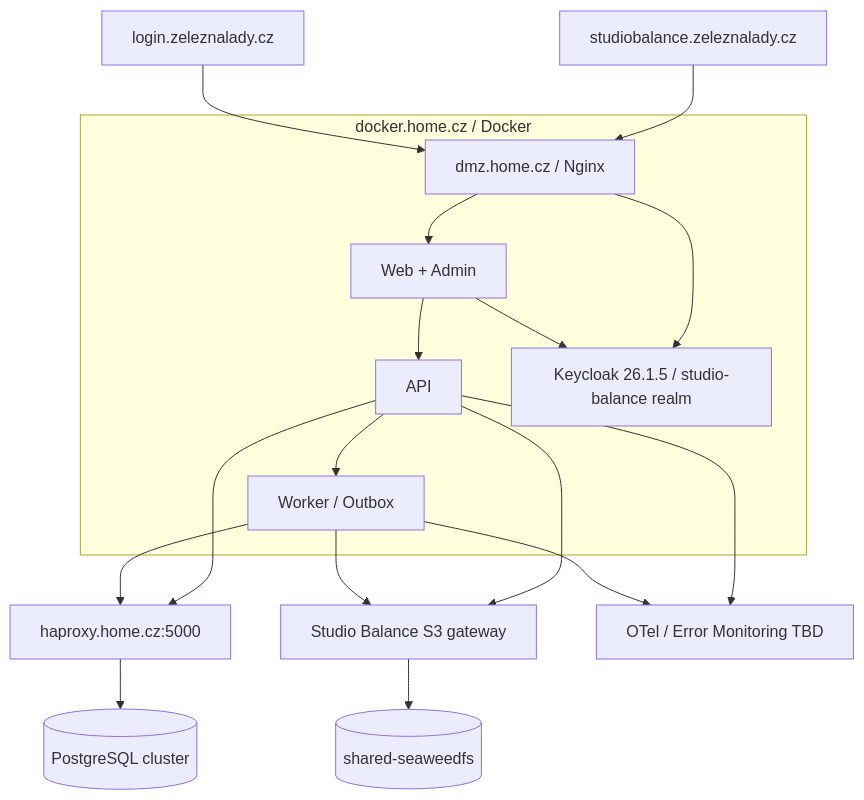
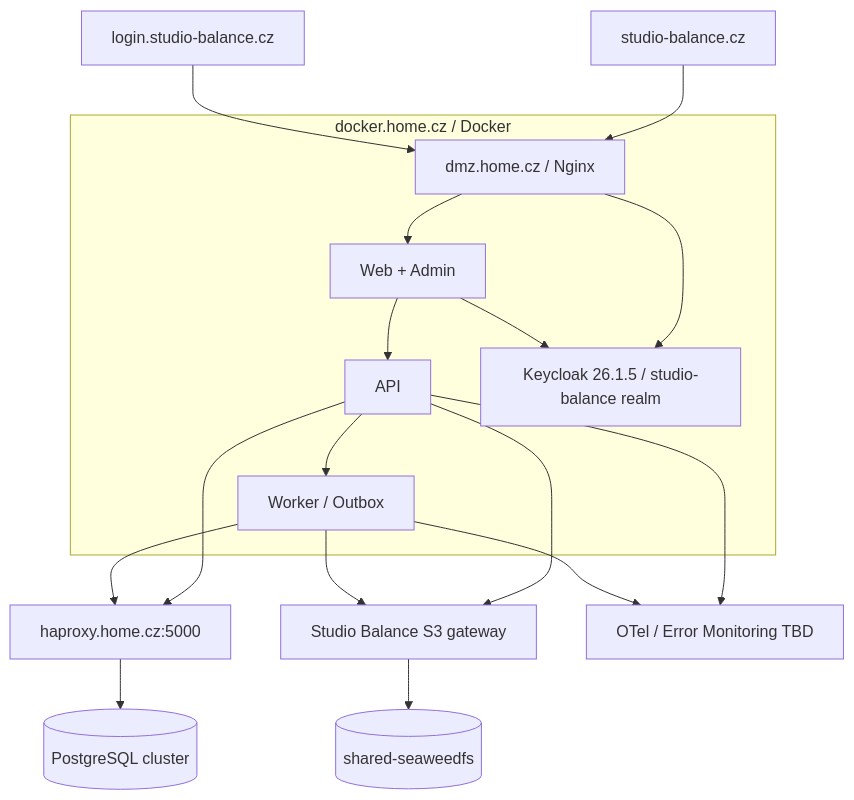
Before and after one commit to voldzi/Studio-Balance: the sixth of 6 diagrams in docs/architecture.md, drawn with Mermaid. The commit also changed other lines of this file and 27 other files, not shown here.

Commit message:
feat: migrate Studio Balance to own domain

````diff
--- a/docs/architecture.md
+++ b/docs/architecture.md
@@ -246,20 +246,20 @@
 ```mermaid
 flowchart TB
-  internet["studiobalance.zeleznalady.cz"] --> dmz["dmz.home.cz / Nginx"]
-  authinternet["login.zeleznalady.cz"] --> dmz
+  internet["studio-balance.cz"] --> dmz["dmz.home.cz / Nginx"]
+  authinternet["login.studio-balance.cz"] --> dmz
   subgraph dockerhost["docker.home.cz / Docker"]
     dmz --> webdeploy[Web + Admin]
     webdeploy --> apideploy[API]
     apideploy --> workerdeploy[Worker / Outbox]
     dmz --> keycloak["Keycloak 26.1.5 / studio-balance realm"]
     webdeploy --> keycloak
   end
   apideploy --> dbproxy["haproxy.home.cz:5000"]
   workerdeploy --> dbproxy
   dbproxy --> proddb[(PostgreSQL cluster)]
   apideploy --> s3gateway["Studio Balance S3 gateway"]
   workerdeploy --> s3gateway
   s3gateway --> seaweed[(shared-seaweedfs)]
   apideploy --> otel[OTel / Error Monitoring TBD]
   workerdeploy --> otel
 ```
````
